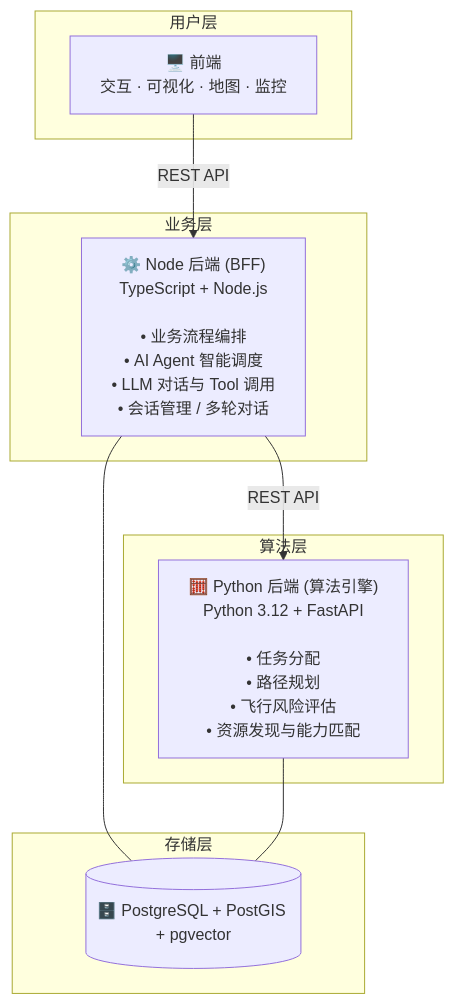
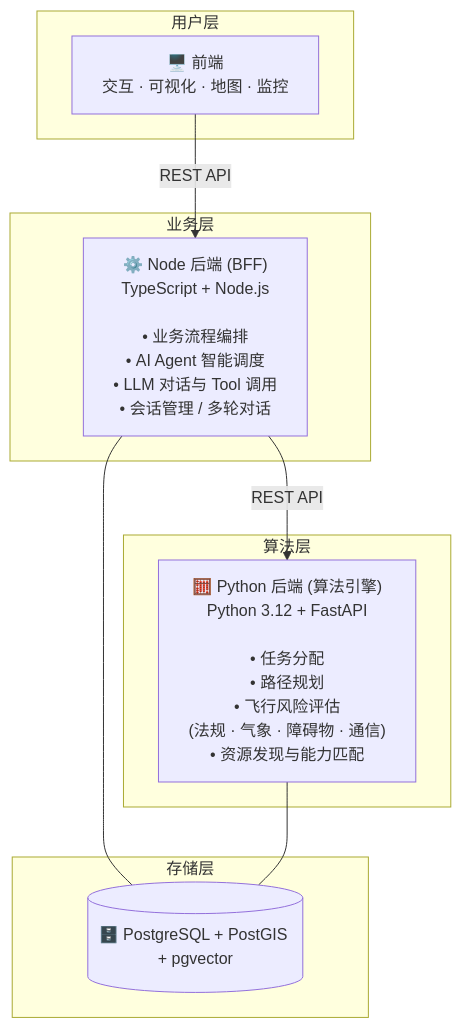
One commit to 909347194/ST-Risk-For-UAV changed the first of 2 diagrams in README.md. Above: the diagram before and after it, drawn with Mermaid. The commit also changed other lines of this file, not shown here.

````diff
--- a/README.md
+++ b/README.md
@@ -24,23 +24,23 @@
 ```mermaid
 graph TB
     subgraph 用户层
         FE["🖥️ 前端<br/>交互 · 可视化 · 地图 · 监控"]
     end
 
     subgraph 业务层
         NODE["⚙️ Node 后端 (BFF)<br/>TypeScript + Node.js<br/><br/>• 业务流程编排<br/>• AI Agent 智能调度<br/>• LLM 对话与 Tool 调用<br/>• 会话管理 / 多轮对话"]
     end
 
     subgraph 算法层
-        PY["🧮 Python 后端 (算法引擎)<br/>Python 3.12 + FastAPI<br/><br/>• 任务分配<br/>• 路径规划<br/>• 飞行风险评估<br/>• 资源发现与能力匹配"]
+        PY["🧮 Python 后端 (算法引擎)<br/>Python 3.12 + FastAPI<br/><br/>• 任务分配<br/>• 路径规划<br/>• 飞行风险评估<br/>(法规 · 气象 · 障碍物 · 通信)<br/>• 资源发现与能力匹配"]
     end
 
     subgraph 存储层
         DB[("🗄️ PostgreSQL + PostGIS + pgvector")]
     end
 
     FE -->|"REST API"| NODE
     NODE -->|"REST API"| PY
     NODE --- DB
     PY --- DB
 ```
````
